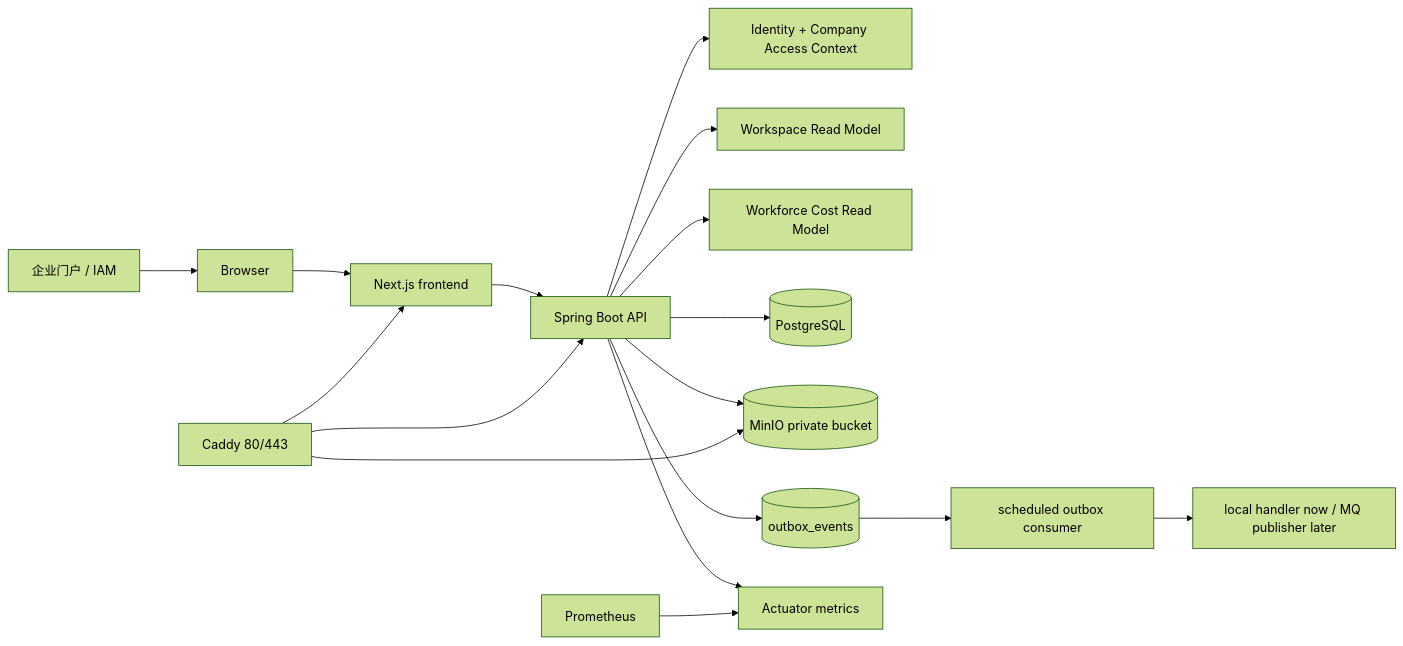
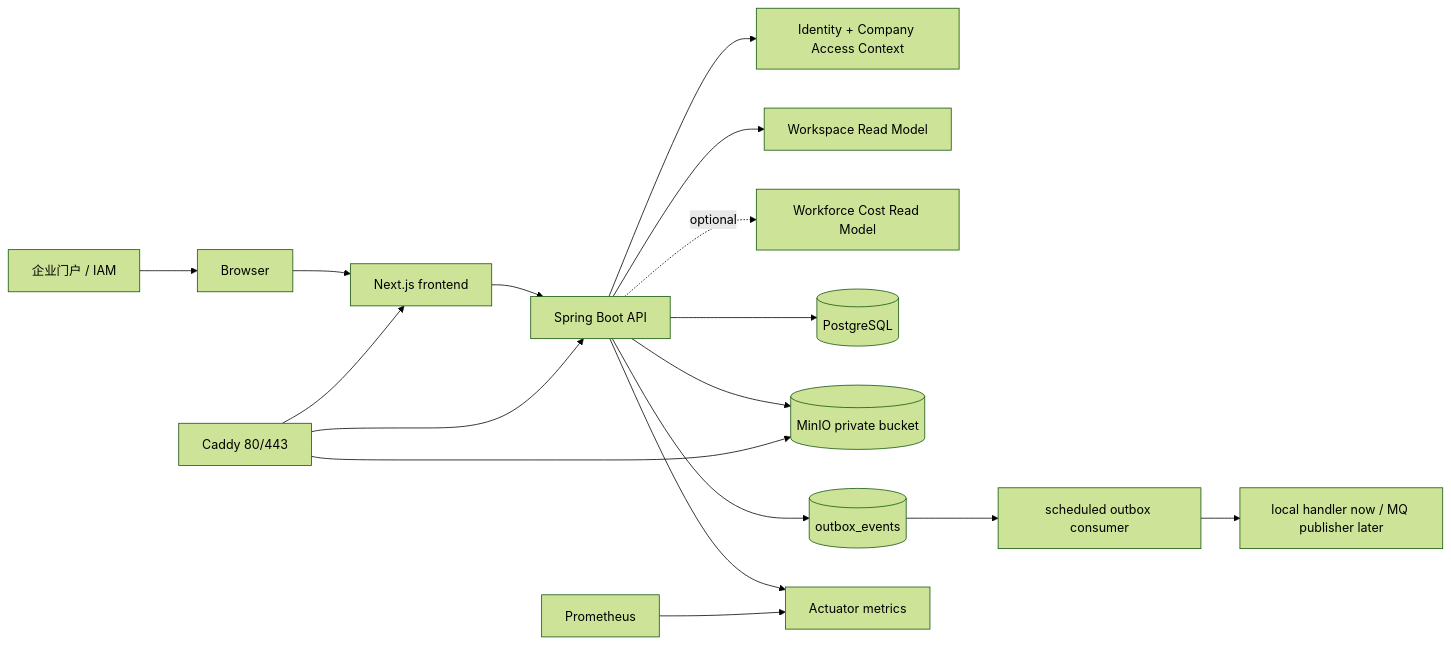
The diagram in README.md (tiammomo/Mamoji), drawn with Mermaid (forest theme) before and after one commit. The commit also changed other lines of this file and 24 other files, not shown here.

````diff
--- a/README.md
+++ b/README.md
@@ -95,19 +95,19 @@
 ```mermaid
 flowchart LR
     portal[企业门户 / IAM] --> browser[Browser]
     browser --> frontend[Next.js frontend]
     frontend --> api[Spring Boot API]
     api --> access[Identity + Company Access Context]
     api --> workspace[Workspace Read Model]
-    api --> workforce[Workforce Cost Read Model]
+    api -. optional .-> workforce[Workforce Cost Read Model]
     api --> postgres[(PostgreSQL)]
     api --> minio[(MinIO private bucket)]
     api --> outbox[(outbox_events)]
     outbox --> worker[scheduled outbox consumer]
     worker --> handler[local handler now / MQ publisher later]
     api --> actuator[Actuator metrics]
     prometheus[Prometheus] --> actuator
     caddy[Caddy 80/443] --> frontend
     caddy --> api
     caddy --> minio
 ```
````
